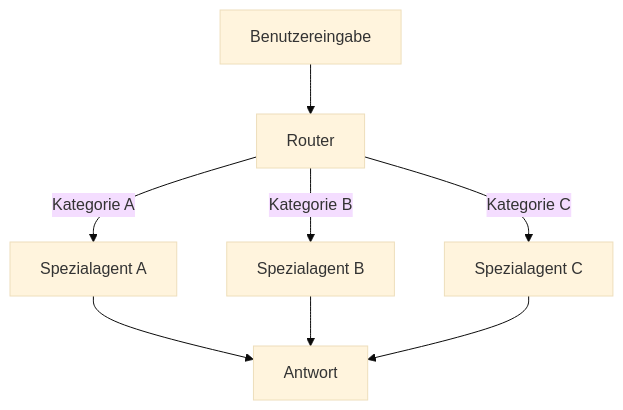
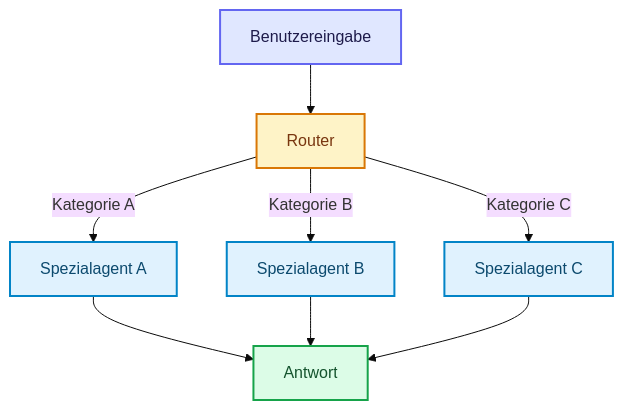
One commit to ralf-42/Agenten changed the second of 10 diagrams in docs/06-multi-agent-erweiterungen/multi-agent-systeme.md. Above: the diagram before and after it, drawn with Mermaid (base theme). The commit also changed other lines of this file and 18 other files, not shown here.

````diff
--- a/docs/06-multi-agent-erweiterungen/multi-agent-systeme.md
+++ b/docs/06-multi-agent-erweiterungen/multi-agent-systeme.md
@@ -111,10 +120,19 @@
 ```mermaid
 flowchart TD
     A[Benutzereingabe] --> R[Router]
     R -->|Kategorie A| S1[Spezialagent A]
     R -->|Kategorie B| S2[Spezialagent B]
     R -->|Kategorie C| S3[Spezialagent C]
     S1 --> E[Antwort]
     S2 --> E
     S3 --> E
+
+    classDef default fill:#e0f2fe,stroke:#0284c7,stroke-width:2px,color:#0c4a6e;
+    classDef input fill:#e0e7ff,stroke:#6366f1,stroke-width:2px,color:#1e1b4b;
+    classDef metric fill:#fef3c7,stroke:#d97706,stroke-width:2px,color:#78350f;
+    classDef output fill:#dcfce7,stroke:#16a34a,stroke-width:2px,color:#14532d;
+
+    class A input;
+    class R metric;
+    class E output;
 ```
````
